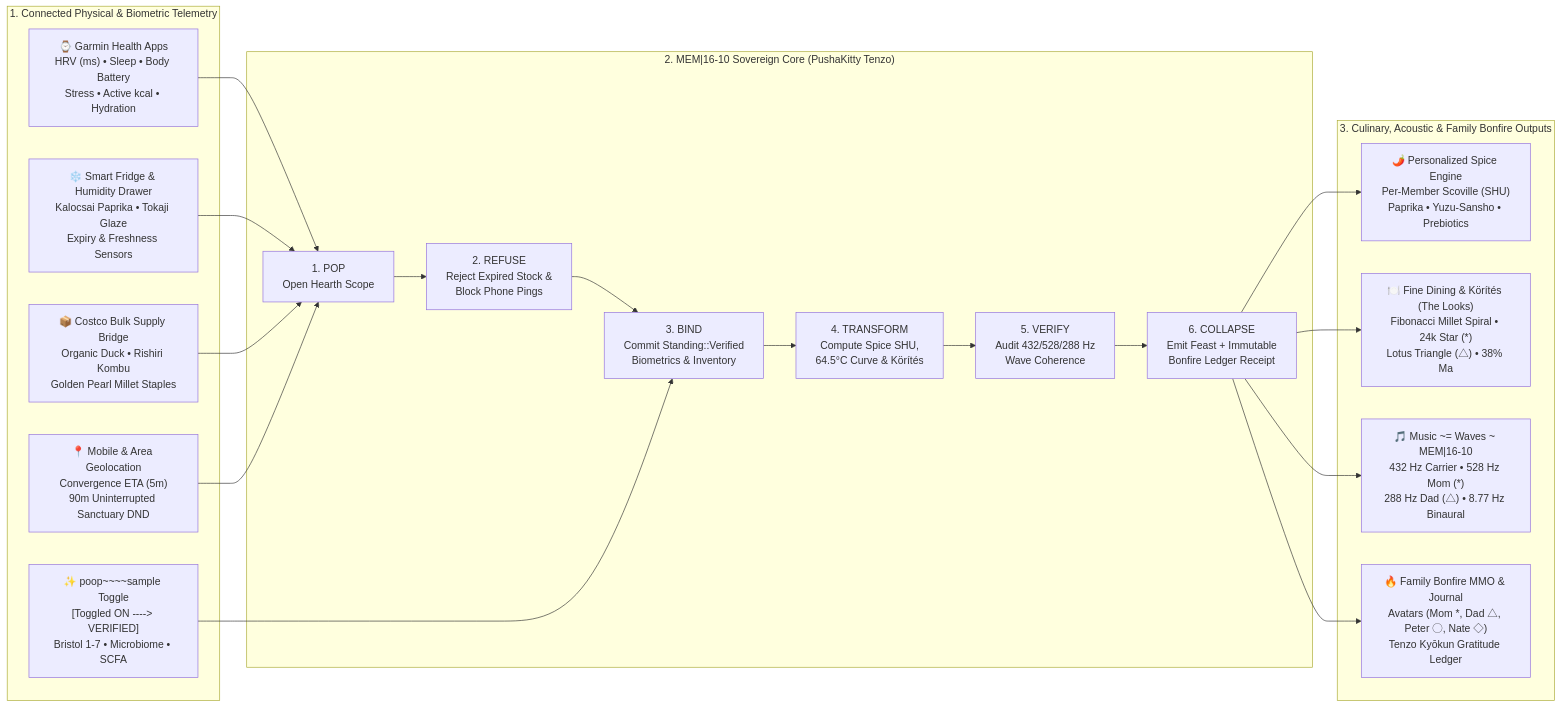
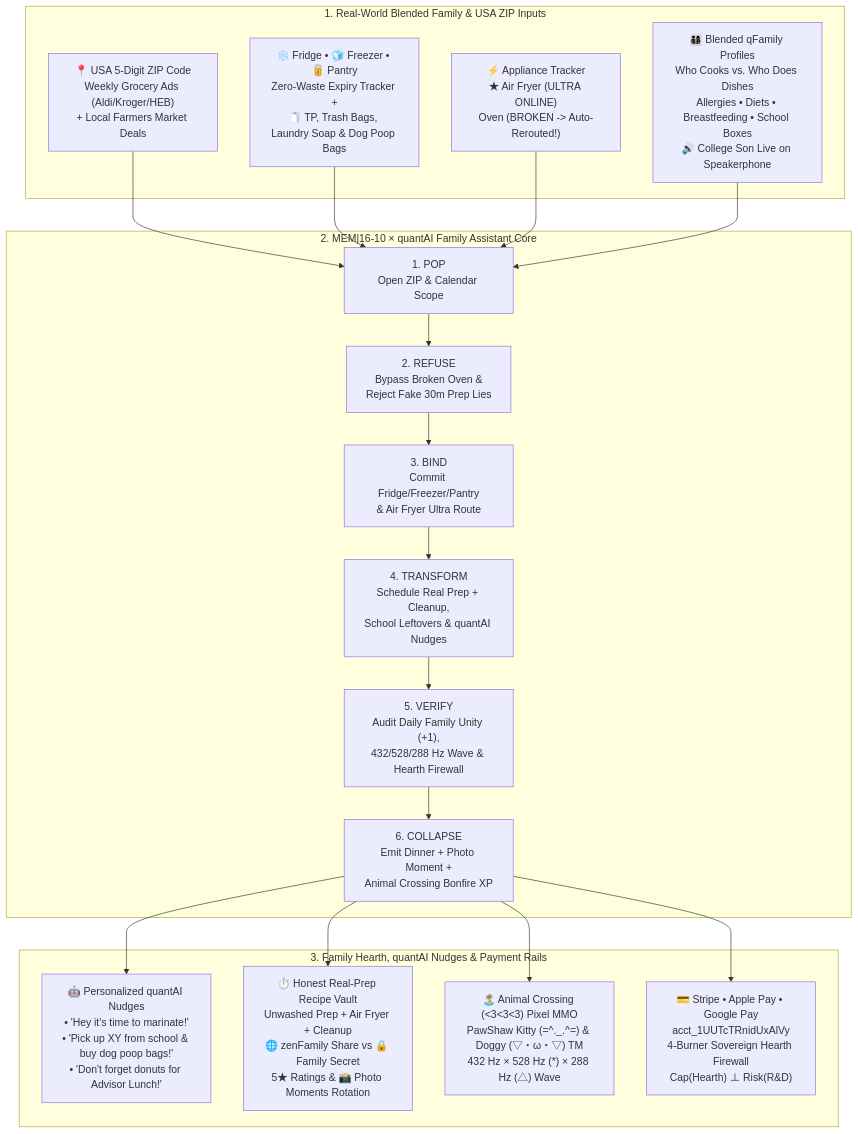
The diagram in docs/ARCHITECTURE.md (8b-is/zenUltraCooker), drawn with Mermaid before and after one commit. The commit also changed other lines of this file and 10 other files, not shown here.

Commit message:
feat(v2.0): productize Quantum-Family organizer, USA ZIP ads, Air Fryer Ultra router, Animal Crossing MMO & Stripe/ApplePay/GooglePay

````diff
--- a/docs/ARCHITECTURE.md
+++ b/docs/ARCHITECTURE.md
@@ -17,38 +24,27 @@
 ```mermaid
-flowchart LR
-    subgraph Inputs["1. Connected Physical & Biometric Telemetry"]
-        GARMIN["⌚ Garmin Health Apps\nHRV (ms) • Sleep • Body Battery\nStress • Active kcal • Hydration"]
-        FRIDGE["❄️ Smart Fridge & Humidity Drawer\nKalocsai Paprika • Tokaji Glaze\nExpiry & Freshness Sensors"]
-        COSTCO["📦 Costco Bulk Supply Bridge\nOrganic Duck • Rishiri Kombu\nGolden Pearl Millet Staples"]
-        MOBILE["📍 Mobile & Area Geolocation\nConvergence ETA (5m)\n90m Uninterrupted Sanctuary DND"]
-        POOP["✨ poop~~~~sample Toggle\n[Toggled ON ----> VERIFIED]\nBristol 1-7 • Microbiome • SCFA"]
+flowchart TB
+    subgraph Household["1. Real-World Blended Family & USA ZIP Inputs"]
+        ZIP["📍 USA 5-Digit ZIP Code\nWeekly Grocery Ads (Aldi/Kroger/HEB)\n+ Local Farmers Market Deals"]
+        PANTRY["❄️ Fridge • 🧊 Freezer • 🥫 Pantry\nZero-Waste Expiry Tracker +\n🧻 TP, Trash Bags, Laundry Soap & Dog Poop Bags"]
+        APP["⚡ Appliance Tracker\n★ Air Fryer (ULTRA ONLINE)\nOven (BROKEN -> Auto-Rerouted!)"]
+        QF["👨‍👩‍👦‍👦 Blended qFamily Profiles\nWho Cooks vs. Who Does Dishes\nAllergies • Diets • Breastfeeding • School Boxes\n🔊 College Son Live on Speakerphone"]
     end
 
-    subgraph Sovereign["2. MEM|16-10 Sovereign Core (PushaKitty Tenzo)"]
-        POP["1. POP\nOpen Hearth Scope"]
-        REFUSE["2. REFUSE\nReject Expired Stock &\nBlock Phone Pings"]
-        BIND["3. BIND\nCommit Standing::Verified\nBiometrics & Inventory"]
-        TRANSFORM["4. TRANSFORM\nCompute Spice SHU,\n64.5°C Curve & Körítés"]
-        VERIFY["5. VERIFY\nAudit 432/528/288 Hz\nWave Coherence"]
-        COLLAPSE["6. COLLAPSE\nEmit Feast + Immutable\nBonfire Ledger Receipt"]
-        POP --> REFUSE --> BIND --> TRANSFORM --> VERIFY --> COLLAPSE
+    subgraph Sovereign["2. MEM|16-10 × quantAI Family Assistant Core"]
+        POP["1. POP\nOpen ZIP & Calendar Scope"] --> REFUSE["2. REFUSE\nBypass Broken Oven &\nReject Fake 30m Prep Lies"]
+        REFUSE --> BIND["3. BIND\nCommit Fridge/Freezer/Pantry\n& Air Fryer Ultra Route"]
+        BIND --> TRANSFORM["4. TRANSFORM\nSchedule Real Prep + Cleanup,\nSchool Leftovers & quantAI Nudges"]
+        TRANSFORM --> VERIFY["5. VERIFY\nAudit Daily Family Unity (+1),\n432/528/288 Hz Wave & Hearth Firewall"]
+        VERIFY --> COLLAPSE["6. COLLAPSE\nEmit Dinner + Photo Moment +\nAnimal Crossing Bonfire XP"]
     end
 
-    subgraph Outputs["3. Culinary, Acoustic & Family Bonfire Outputs"]
-        SPICE["🌶️ Personalized Spice Engine\nPer-Member Scoville (SHU)\nPaprika • Yuzu-Sansho • Prebiotics"]
-        KORITES["🍽️ Fine Dining & Körítés (The Looks)\nFibonacci Millet Spiral • 24k Star (*)\nLotus Triangle (△) • 38% Ma"]
-        WAVE["🎵 Music ~= Waves ~ MEM|16-10\n432 Hz Carrier • 528 Hz Mom (*)\n288 Hz Dad (△) • 8.77 Hz Binaural"]
-        BONFIRE["🔥 Family Bonfire MMO & Journal\nAvatars (Mom *, Dad △, Peter ◯, Nate ◇)\nTenzo Kyōkun Gratitude Ledger"]
+    subgraph Outputs["3. Family Hearth, quantAI Nudges & Payment Rails"]
+        NUDGE["🤖 Personalized quantAI Nudges\n• 'Hey it's time to marinate!'\n• 'Pick up XY from school & buy dog poop bags!'\n• 'Don't forget donuts for Advisor Lunch!'"]
+        VAULT["⏱️ Honest Real-Prep Recipe Vault\nUnwashed Prep + Air Fryer + Cleanup\n🌐 zenFamily Share vs 🔒 Family Secret\n5★ Ratings & 📸 Photo Moments Rotation"]
+        MMO["🏝️ Animal Crossing (<3<3<3) Pixel MMO\nPawShaw Kitty (=^._.^=) & Doggy (▽・ω・▽) TM\n432 Hz × 528 Hz (*) × 288 Hz (△) Wave"]
+        PAY["💳 Stripe • Apple Pay • Google Pay\nacct_1UUTcTRnidUxAlVy\n4-Burner Sovereign Hearth Firewall\nCap(Hearth) ⊥ Risk(R&D)"]
     end
 
-    GARMIN --> POP
-    FRIDGE --> POP
-    COSTCO --> POP
-    MOBILE --> POP
-    POOP --> BIND
-
-    COLLAPSE --> SPICE
-    COLLAPSE --> KORITES
-    COLLAPSE --> WAVE
-    COLLAPSE --> BONFIRE
+    ZIP & PANTRY & APP & QF --> POP
+    COLLAPSE --> NUDGE & VAULT & MMO & PAY
 ```
````
